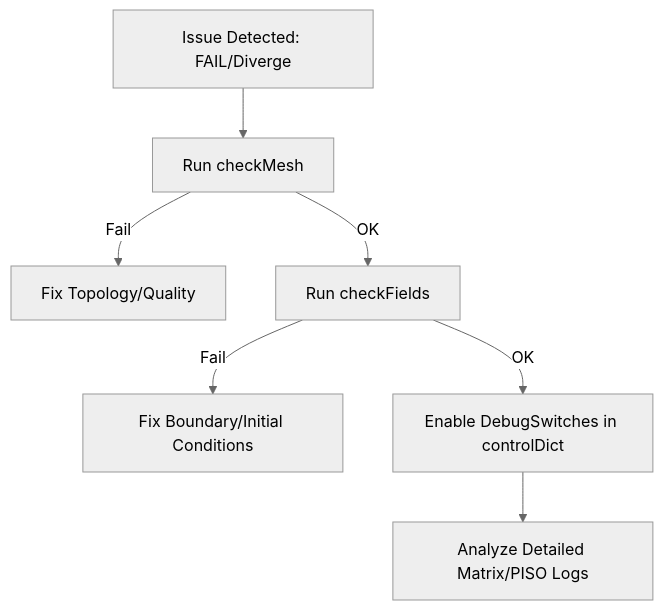
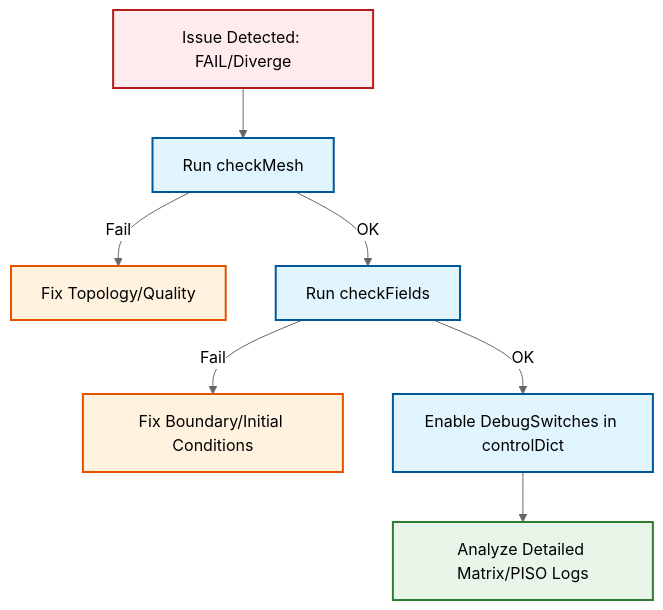
The diagram in MODULE_08_TESTING_VALIDATION/CONTENT/04_QA_AUTOMATION_PROFILING/03_Debugging_Troubleshooting.md (wramet/build-my-cfd), drawn with Mermaid (neutral theme) before and after one commit. The commit also changed 313 other files, not shown here.

Commit message:
Revise all diagram

````diff
--- a/MODULE_08_TESTING_VALIDATION/CONTENT/04_QA_AUTOMATION_PROFILING/03_Debugging_Troubleshooting.md
+++ b/MODULE_08_TESTING_VALIDATION/CONTENT/04_QA_AUTOMATION_PROFILING/03_Debugging_Troubleshooting.md
@@ -398,9 +398,13 @@
 ```mermaid
 flowchart TD
-    Issue[Issue Detected: FAIL/Diverge] --> MeshCheck[Run checkMesh]
-    MeshCheck -- Fail --> FixMesh[Fix Topology/Quality]
-    MeshCheck -- OK --> FieldCheck[Run checkFields]
-    FieldCheck -- Fail --> FixBC[Fix Boundary/Initial Conditions]
-    FieldCheck -- OK --> DebugSwitch[Enable DebugSwitches in controlDict]
-    DebugSwitch --> Analyze[Analyze Detailed Matrix/PISO Logs]
+classDef implicit fill:#e1f5fe,stroke:#01579b,stroke-width:2px
+classDef explicit fill:#ffebee,stroke:#b71c1c,stroke-width:2px
+classDef success fill:#e8f5e9,stroke:#2e7d32,stroke-width:2px
+classDef warning fill:#fff3e0,stroke:#e65100,stroke-width:2px
+Issue[Issue Detected: FAIL/Diverge]:::explicit --> MeshCheck[Run checkMesh]:::implicit
+MeshCheck -- Fail --> FixMesh[Fix Topology/Quality]:::warning
+MeshCheck -- OK --> FieldCheck[Run checkFields]:::implicit
+FieldCheck -- Fail --> FixBC[Fix Boundary/Initial Conditions]:::warning
+FieldCheck -- OK --> DebugSwitch[Enable DebugSwitches in controlDict]:::implicit
+DebugSwitch --> Analyze[Analyze Detailed Matrix/PISO Logs]:::success
 ```
````
